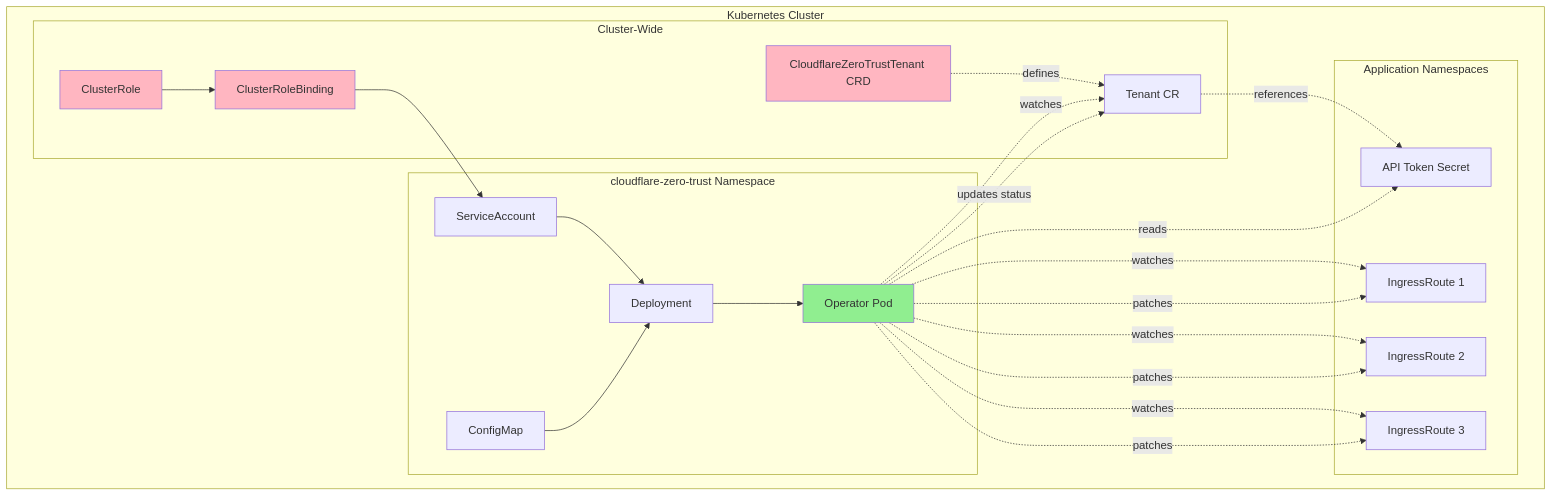
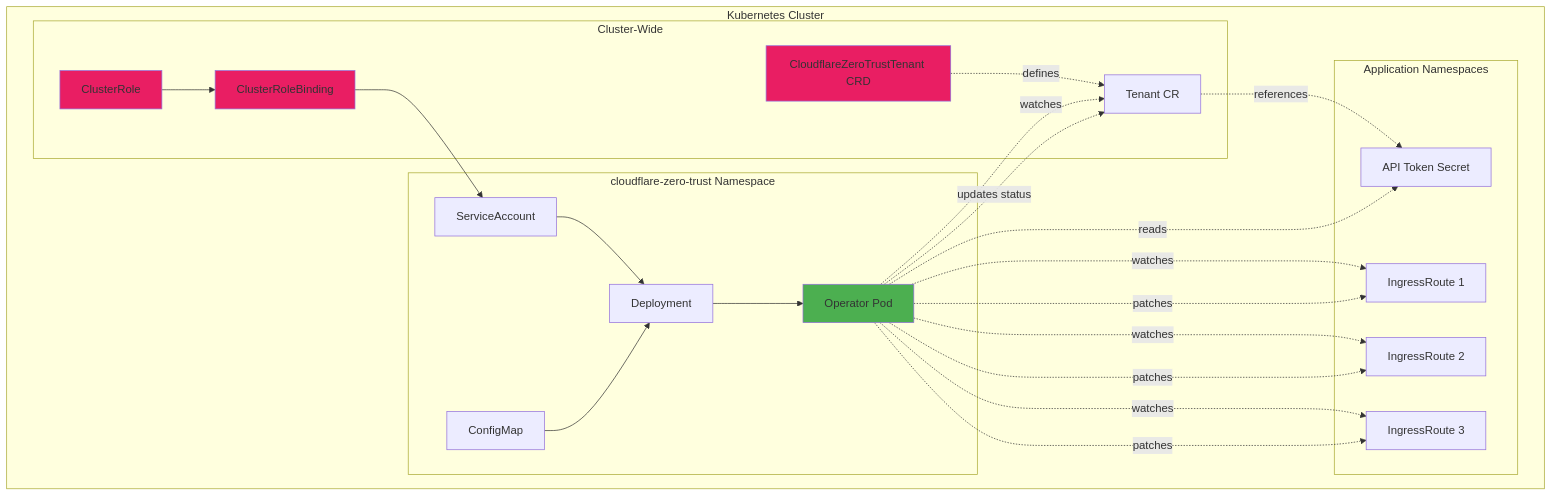
Before and after one commit to wheetazlab/cloudflare-zero-trust-operator: the third of 16 diagrams in docs/architecture.md, drawn with Mermaid. The commit also changed other lines of this file and 1 other file, not shown here.

First line of the commit message:
fix: Replace light colors in mermaid diagrams with darker, more readable colors

````diff
--- a/docs/architecture.md
+++ b/docs/architecture.md
@@ -166,50 +166,50 @@
 ```mermaid
 graph TB
     subgraph "Kubernetes Cluster"
         subgraph "cloudflare-zero-trust Namespace"
             SA[ServiceAccount]
             CM[ConfigMap]
             DEP[Deployment]
             POD1[Operator Pod]
             
             SA --> DEP
             CM --> DEP
             DEP --> POD1
         end
         
         subgraph "Cluster-Wide"
             CRD[CloudflareZeroTrustTenant CRD]
             CR1[ClusterRole]
             CRB1[ClusterRoleBinding]
             
             CRD -.defines.-> TENANT1
             CR1 --> CRB1
             CRB1 --> SA
         end
         
         subgraph "Application Namespaces"
             TENANT1[Tenant CR]
             SEC1[API Token Secret]
             IR1[IngressRoute 1]
             IR2[IngressRoute 2]
             IR3[IngressRoute 3]
             
             TENANT1 -.references.-> SEC1
         end
         
         POD1 -.watches.-> TENANT1
         POD1 -.watches.-> IR1
         POD1 -.watches.-> IR2
         POD1 -.watches.-> IR3
         POD1 -.reads.-> SEC1
         POD1 -.patches.-> IR1
         POD1 -.patches.-> IR2
         POD1 -.patches.-> IR3
         POD1 -.updates status.-> TENANT1
     end
     
-    style CRD fill:#FFB6C1
-    style CR1 fill:#FFB6C1
-    style CRB1 fill:#FFB6C1
-    style POD1 fill:#90EE90
+    style CRD fill:#E91E63
+    style CR1 fill:#E91E63
+    style CRB1 fill:#E91E63
+    style POD1 fill:#4CAF50
 ```
````
